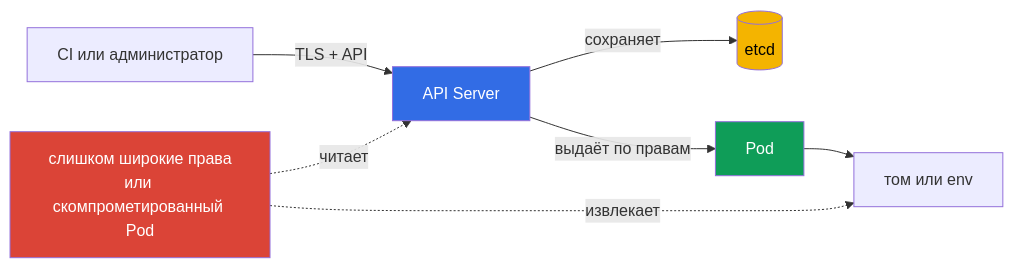
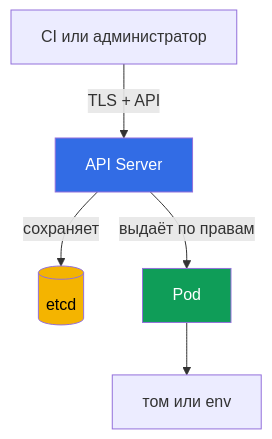
One commit to ViktorUJ/cks changed the diagram in tasks/kcsa/course/12/ru.md. Above: the diagram before and after it, drawn with Mermaid. The commit also changed other lines of this file and 60 other files, not shown here.

````diff
--- a/tasks/kcsa/course/12/ru.md
+++ b/tasks/kcsa/course/12/ru.md
@@ -40,13 +40,10 @@
 ```mermaid
-flowchart LR
+flowchart TB
     author["CI или администратор"] -->|"TLS + API"| api["API Server"]
     api -->|"сохраняет"| etcd[("etcd")]
     api -->|"выдаёт по правам"| pod["Pod"]
     pod --> mount["том или env"]
-    attacker["слишком широкие права<br/>или скомпрометированный Pod"] -. "читает" .-> api
-    attacker -. "извлекает" .-> mount
     style api fill:#326ce5,color:#fff
     style etcd fill:#f4b400,color:#000
     style pod fill:#0f9d58,color:#fff
-    style attacker fill:#db4437,color:#fff
 ```
````
